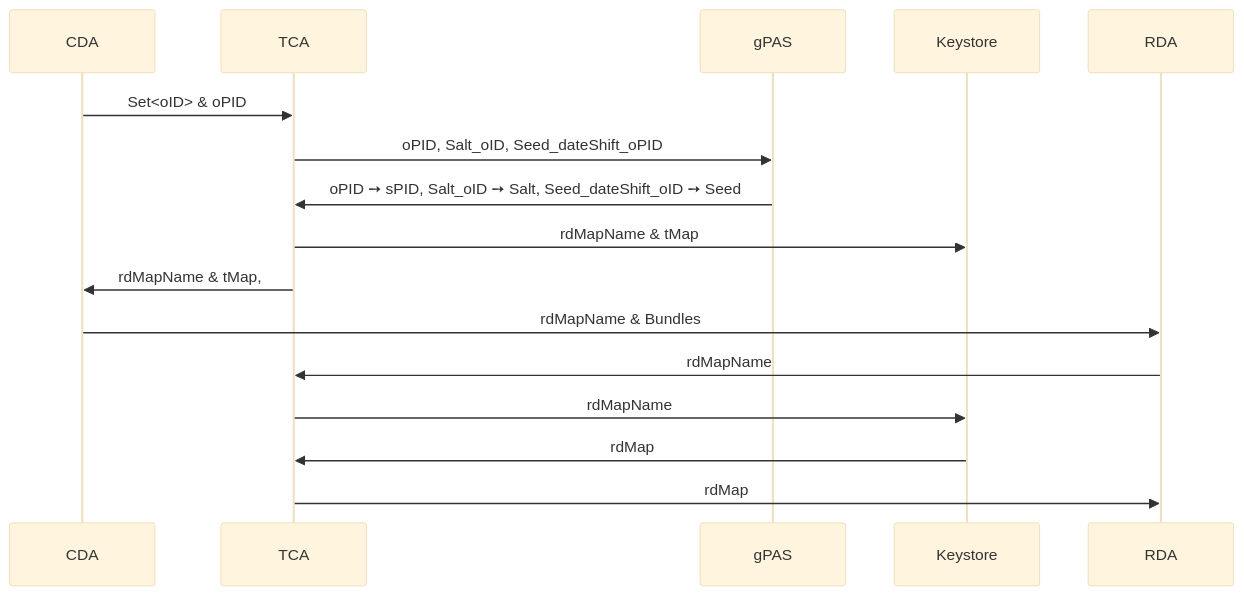
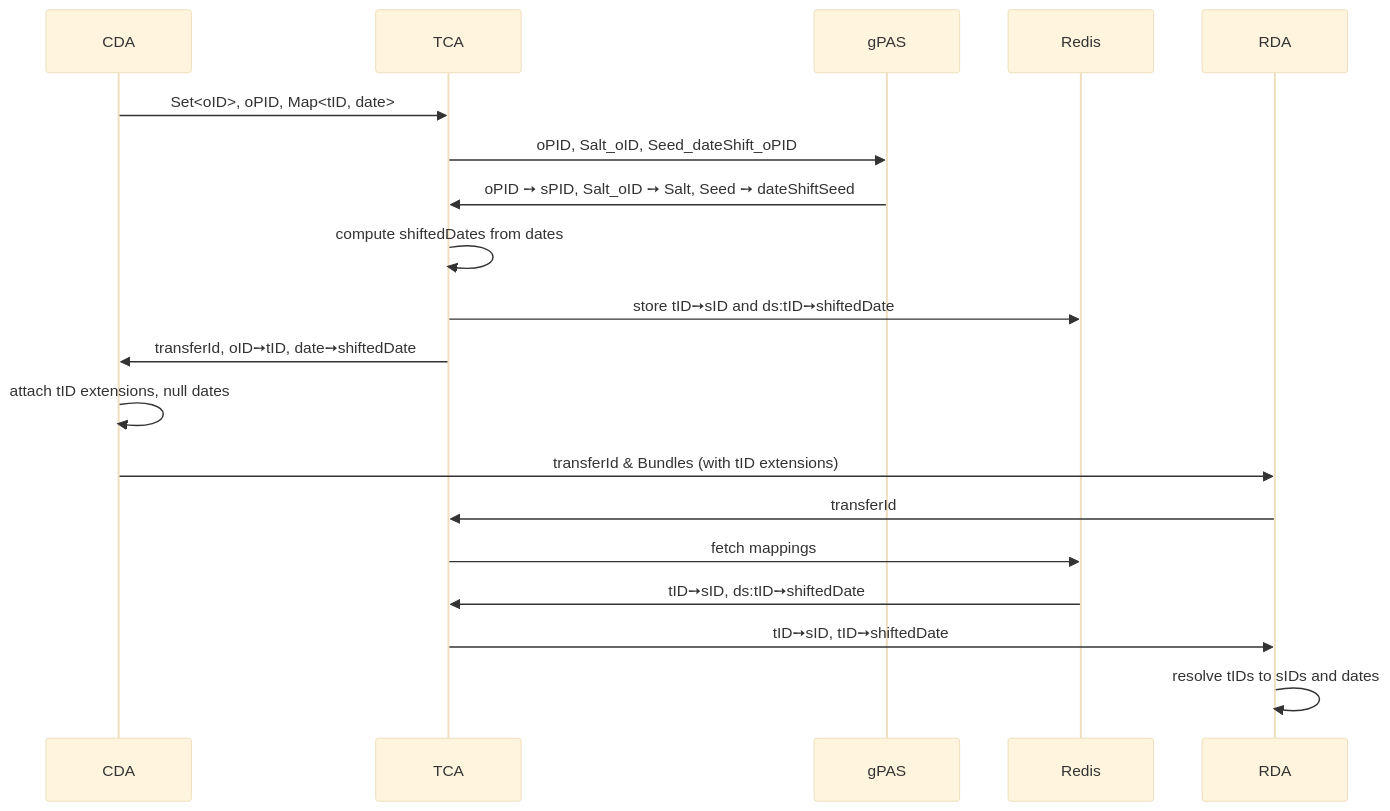
The diagram in docs/contributing/trust-center-agent.md (medizininformatik-initiative/fts-next), drawn with Mermaid (base theme) before and after one commit. The commit also changed other lines of this file and 8 other files, not shown here.

First line of the commit message:
Refactor: Consolidate Date Shift Constants

````diff
--- a/docs/contributing/trust-center-agent.md
+++ b/docs/contributing/trust-center-agent.md
@@ -71,13 +75,16 @@
 ```mermaid
 sequenceDiagram
-    CDA ->> TCA: Set<oID> & oPID
+    CDA ->> TCA: Set<oID>, oPID, Map<tID, date>
     TCA ->> gPAS: oPID, Salt_oID, Seed_dateShift_oPID
-    gPAS ->> TCA: oPID ➙ sPID, Salt_oID ➙ Salt, Seed_dateShift_oID ➙ Seed
-    TCA ->> Keystore: rdMapName & tMap
-    TCA ->> CDA: rdMapName & tMap,
-    CDA ->> RDA: rdMapName & Bundles
-    RDA ->> TCA: rdMapName
-    TCA ->> Keystore: rdMapName
-    Keystore ->> TCA: rdMap
-    TCA ->> RDA: rdMap
+    gPAS ->> TCA: oPID ➙ sPID, Salt_oID ➙ Salt, Seed ➙ dateShiftSeed
+    TCA ->> TCA: compute shiftedDates from dates
+    TCA ->> Redis: store tID➙sID and ds:tID➙shiftedDate
+    TCA ->> CDA: transferId, oID➙tID, date➙shiftedDate
+    CDA ->> CDA: attach tID extensions, null dates
+    CDA ->> RDA: transferId & Bundles (with tID extensions)
+    RDA ->> TCA: transferId
+    TCA ->> Redis: fetch mappings
+    Redis ->> TCA: tID➙sID, ds:tID➙shiftedDate
+    TCA ->> RDA: tID➙sID, tID➙shiftedDate
+    RDA ->> RDA: resolve tIDs to sIDs and dates
 ```
````
